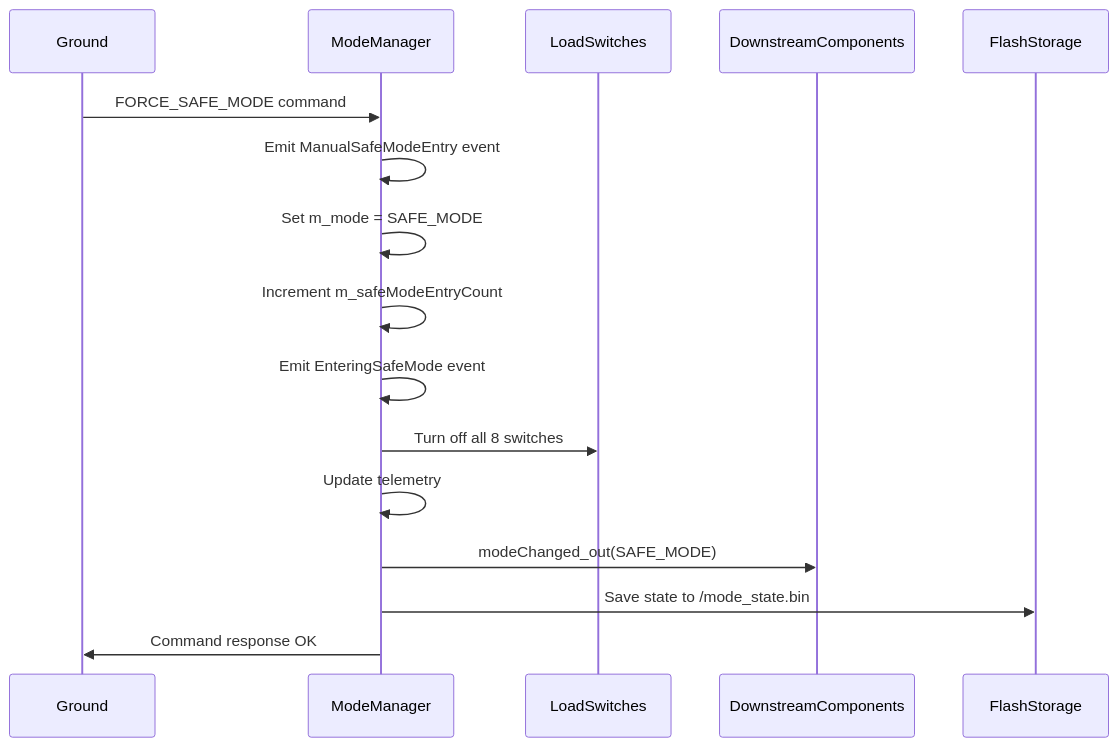
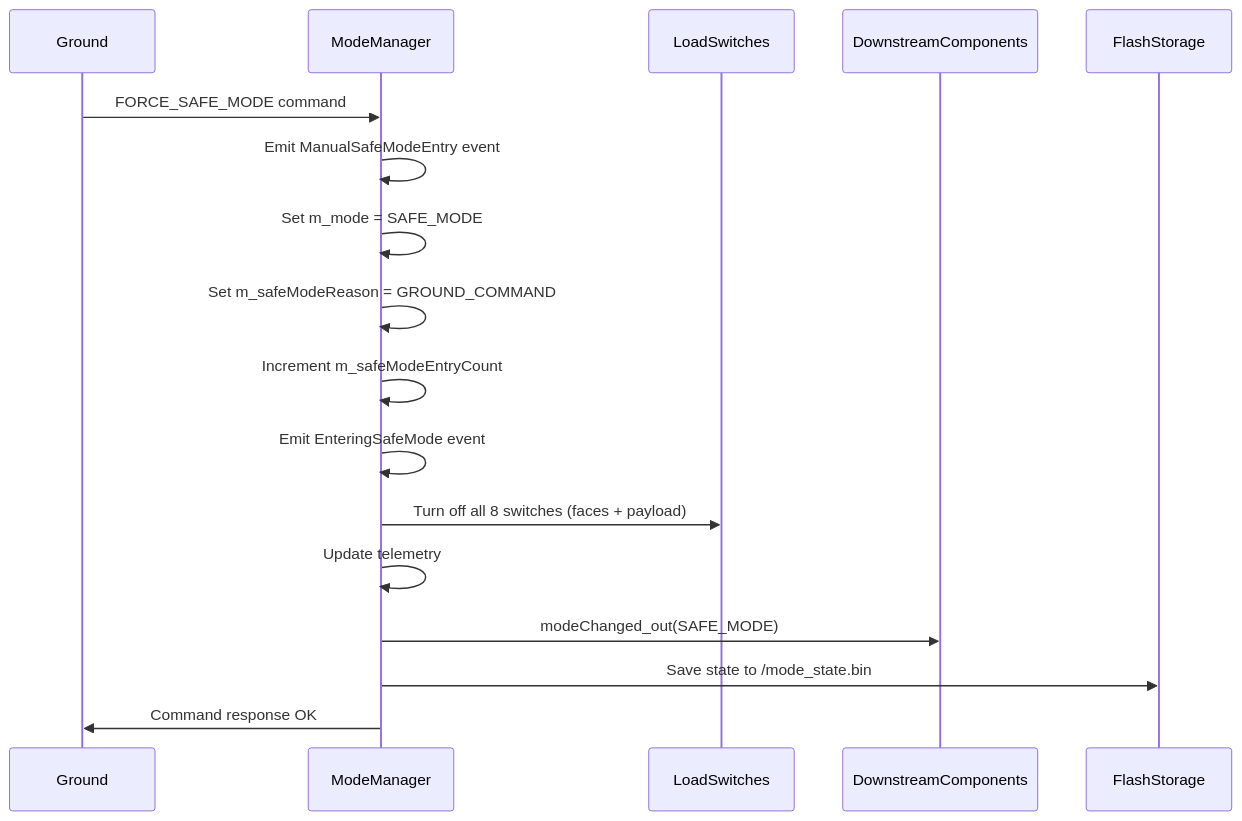
The second of 7 diagrams in FprimeZephyrReference/Components/ModeManager/docs/sdd.md (Open-Source-Space-Foundation/proves-core-reference), drawn with Mermaid before and after one commit. The commit also changed other lines of this file and 9 other files, not shown here.

Commit message:
re-implement safe and normal mode auto switch

````diff
--- a/FprimeZephyrReference/Components/ModeManager/docs/sdd.md
+++ b/FprimeZephyrReference/Components/ModeManager/docs/sdd.md
@@ -179,19 +192,20 @@
 ```mermaid
 sequenceDiagram
     participant Ground
     participant ModeManager
     participant LoadSwitches
     participant DownstreamComponents
     participant FlashStorage
 
     Ground->>ModeManager: FORCE_SAFE_MODE command
     ModeManager->>ModeManager: Emit ManualSafeModeEntry event
     ModeManager->>ModeManager: Set m_mode = SAFE_MODE
+    ModeManager->>ModeManager: Set m_safeModeReason = GROUND_COMMAND
     ModeManager->>ModeManager: Increment m_safeModeEntryCount
     ModeManager->>ModeManager: Emit EnteringSafeMode event
-    ModeManager->>LoadSwitches: Turn off all 8 switches
+    ModeManager->>LoadSwitches: Turn off all 8 switches (faces + payload)
     ModeManager->>ModeManager: Update telemetry
     ModeManager->>DownstreamComponents: modeChanged_out(SAFE_MODE)
     ModeManager->>FlashStorage: Save state to /mode_state.bin
     ModeManager->>Ground: Command response OK
 ```
````
